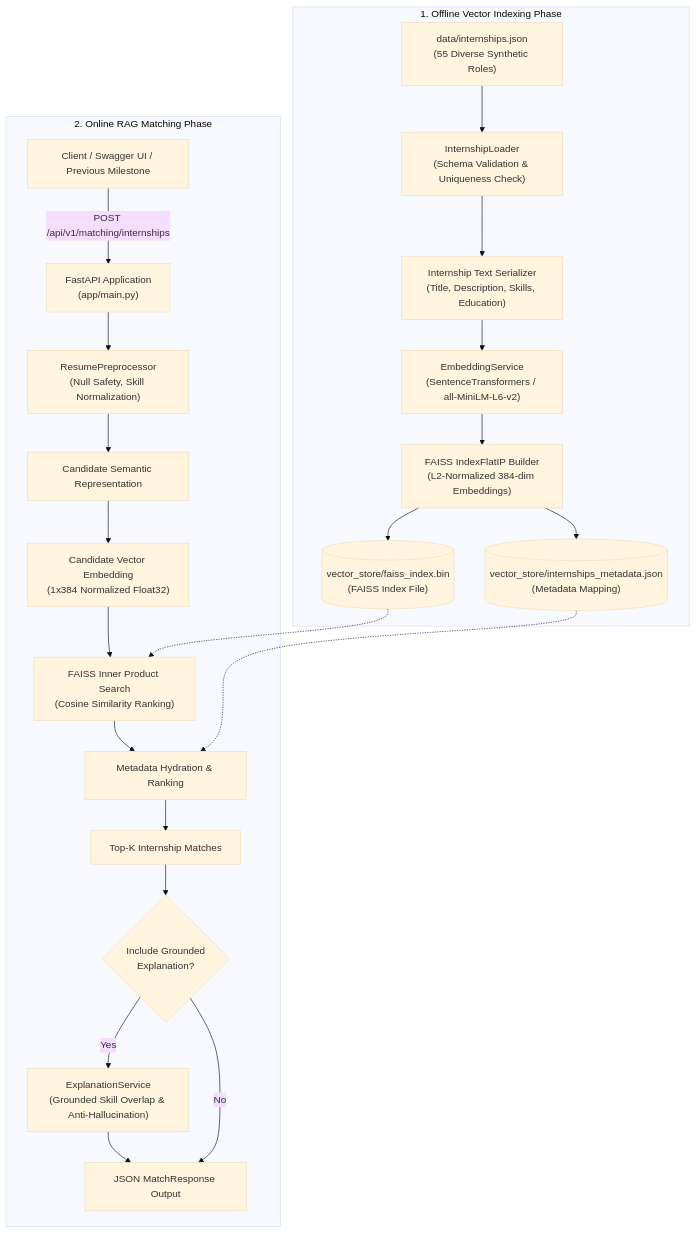
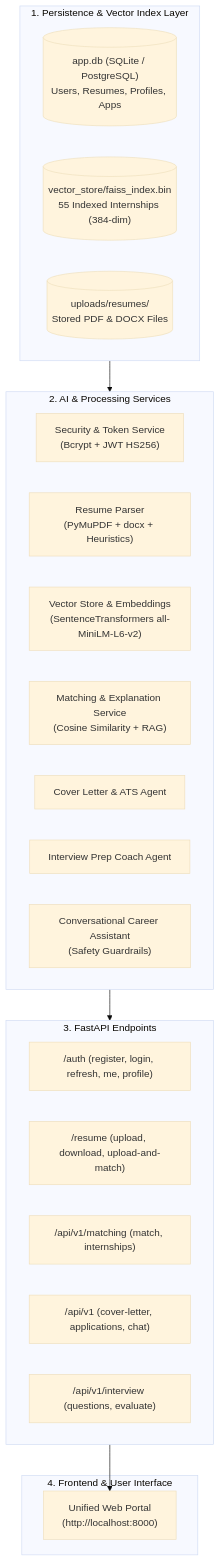
One commit to U-ARUN07/ai-career-companion changed the diagram in README.md. Above: the diagram before and after it, drawn with Mermaid (base theme). The commit also changed other lines of this file and 24 other files, not shown here.

Commit message:
feat: unify all 9 VIP 7.0 modules into single full-stack project (auth, parsing, vector matching, interview prep, cover letter agent, tracking)

````diff
--- a/README.md
+++ b/README.md
@@ -66,27 +42,34 @@
 ```mermaid
 flowchart TD
-    subgraph Offline_Indexing ["1. Offline Vector Indexing Phase"]
-        A["data/internships.json\n(55 Diverse Synthetic Roles)"] --> B["InternshipLoader\n(Schema Validation & Uniqueness Check)"]
-        B --> C["Internship Text Serializer\n(Title, Description, Skills, Education)"]
-        C --> D["EmbeddingService\n(SentenceTransformers / all-MiniLM-L6-v2)"]
-        D --> E["FAISS IndexFlatIP Builder\n(L2-Normalized 384-dim Embeddings)"]
-        E --> F1[("vector_store/faiss_index.bin\n(FAISS Index File)")]
-        E --> F2[("vector_store/internships_metadata.json\n(Metadata Mapping)")]
+    subgraph Data_Layer ["1. Persistence & Vector Index Layer"]
+        DB[("app.db (SQLite / PostgreSQL)\nUsers, Resumes, Profiles, Apps")]
+        FS[("vector_store/faiss_index.bin\n55 Indexed Internships (384-dim)")]
+        UP[("uploads/resumes/\nStored PDF & DOCX Files")]
     end
 
-    subgraph Online_Inference ["2. Online RAG Matching Phase"]
-        U["Client / Swagger UI / Previous Milestone"] -->|POST /api/v1/matching/internships| R["FastAPI Application\n(app/main.py)"]
-        R --> G["ResumePreprocessor\n(Null Safety, Skill Normalization)"]
-        G --> H["Candidate Semantic Representation"]
-        H --> I["Candidate Vector Embedding\n(1x384 Normalized Float32)"]
-        I --> J["FAISS Inner Product Search\n(Cosine Similarity Ranking)"]
-        F1 -.-> J
-        F2 -.-> K["Metadata Hydration & Ranking"]
-        J --> K
-        K --> L["Top-K Internship Matches"]
-        L --> M{"Include Grounded\nExplanation?"}
-        M -->|Yes| N["ExplanationService\n(Grounded Skill Overlap & Anti-Hallucination)"]
-        M -->|No| O["JSON MatchResponse Output"]
-        N --> O
+    subgraph Core_Services ["2. AI & Processing Services"]
+        AUTH["Security & Token Service\n(Bcrypt + JWT HS256)"]
+        PARSE["Resume Parser\n(PyMuPDF + docx + Heuristics)"]
+        VEC["Vector Store & Embeddings\n(SentenceTransformers all-MiniLM-L6-v2)"]
+        MATCH["Matching & Explanation Service\n(Cosine Similarity + RAG)"]
+        CL["Cover Letter & ATS Agent"]
+        INT["Interview Prep Coach Agent"]
+        CHAT["Conversational Career Assistant\n(Safety Guardrails)"]
     end
+
+    subgraph API_Routers ["3. FastAPI Endpoints"]
+        R_AUTH["/auth (register, login, refresh, me, profile)"]
+        R_RES["/resume (upload, download, upload-and-match)"]
+        R_MATCH["/api/v1/matching (match, internships)"]
+        R_EXT["/api/v1 (cover-letter, applications, chat)"]
+        R_INT["/api/v1/interview (questions, evaluate)"]
+    end
+
+    subgraph Web_UI ["4. Frontend & User Interface"]
+        UI["Unified Web Portal\n(http://localhost:8000)"]
+    end
+
+    Data_Layer --> Core_Services
+    Core_Services --> API_Routers
+    API_Routers --> UI
 ```
````
